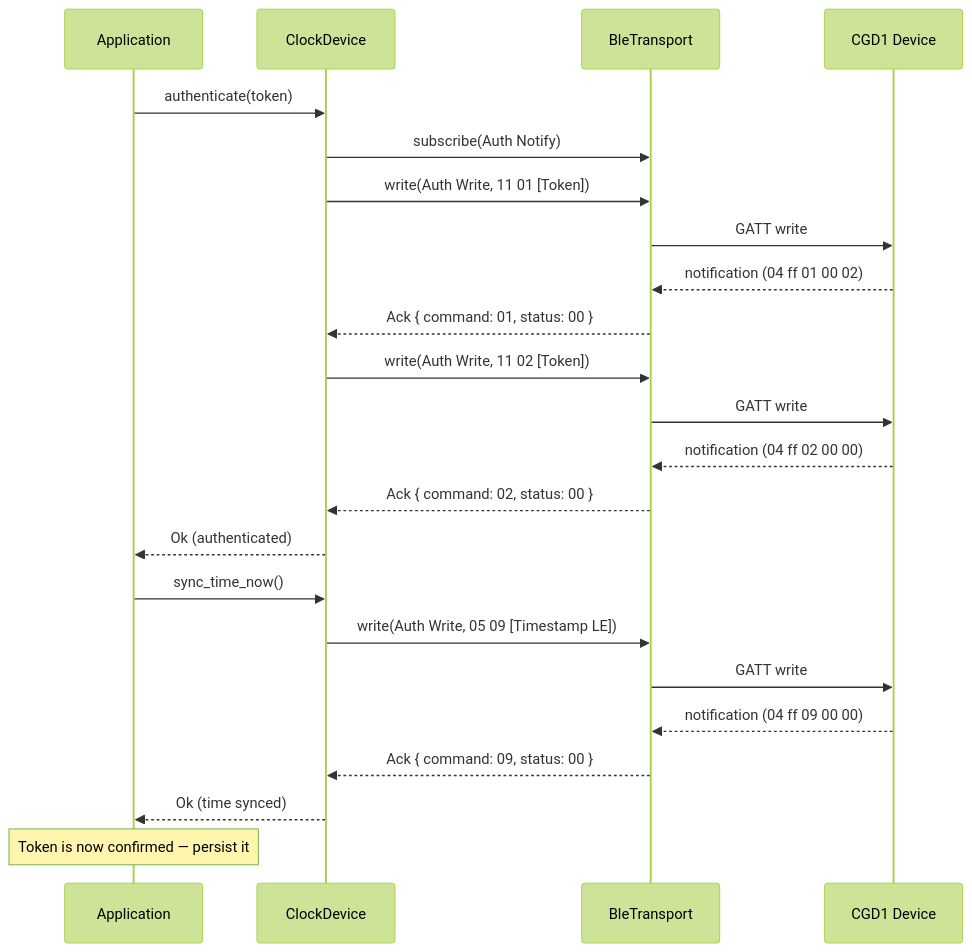
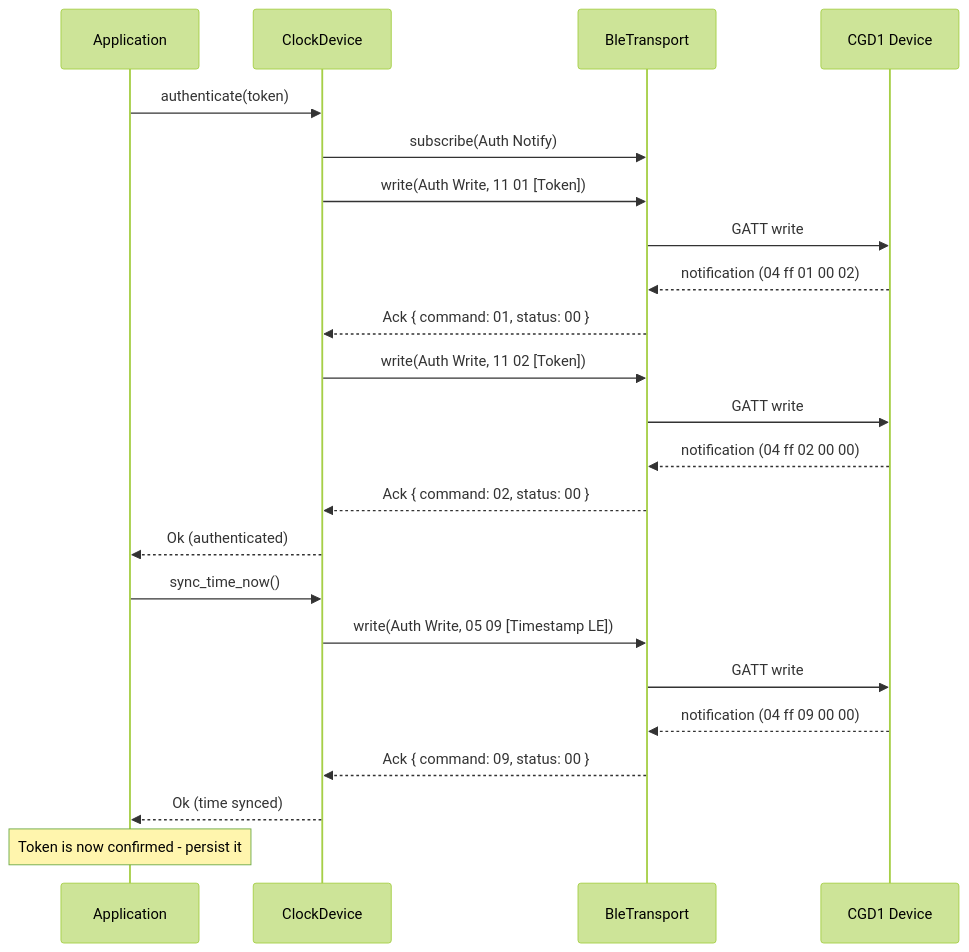
Before and after one commit to smearor/cgd1-rs: the sixth of 9 diagrams in concepts/planned/CGD1-RS.md, drawn with Mermaid (forest theme). The commit also changed other lines of this file and 13 other files, not shown here.

````diff
--- a/concepts/planned/CGD1-RS.md
+++ b/concepts/planned/CGD1-RS.md
@@ -1421,27 +1421,27 @@
 ```mermaid
 sequenceDiagram
     participant App as Application
     participant Device as ClockDevice
     participant Transport as BleTransport
     participant CGD1 as CGD1 Device
 
     App->>Device: authenticate(token)
     Device->>Transport: subscribe(Auth Notify)
     Device->>Transport: write(Auth Write, 11 01 [Token])
     Transport->>CGD1: GATT write
     CGD1-->>Transport: notification (04 ff 01 00 02)
     Transport-->>Device: Ack { command: 01, status: 00 }
     Device->>Transport: write(Auth Write, 11 02 [Token])
     Transport->>CGD1: GATT write
     CGD1-->>Transport: notification (04 ff 02 00 00)
     Transport-->>Device: Ack { command: 02, status: 00 }
     Device-->>App: Ok (authenticated)
 
     App->>Device: sync_time_now()
     Device->>Transport: write(Auth Write, 05 09 [Timestamp LE])
     Transport->>CGD1: GATT write
     CGD1-->>Transport: notification (04 ff 09 00 00)
     Transport-->>Device: Ack { command: 09, status: 00 }
     Device-->>App: Ok (time synced)
-    Note over App: Token is now confirmed — persist it
+    Note over App: Token is now confirmed - persist it
 ```
````
